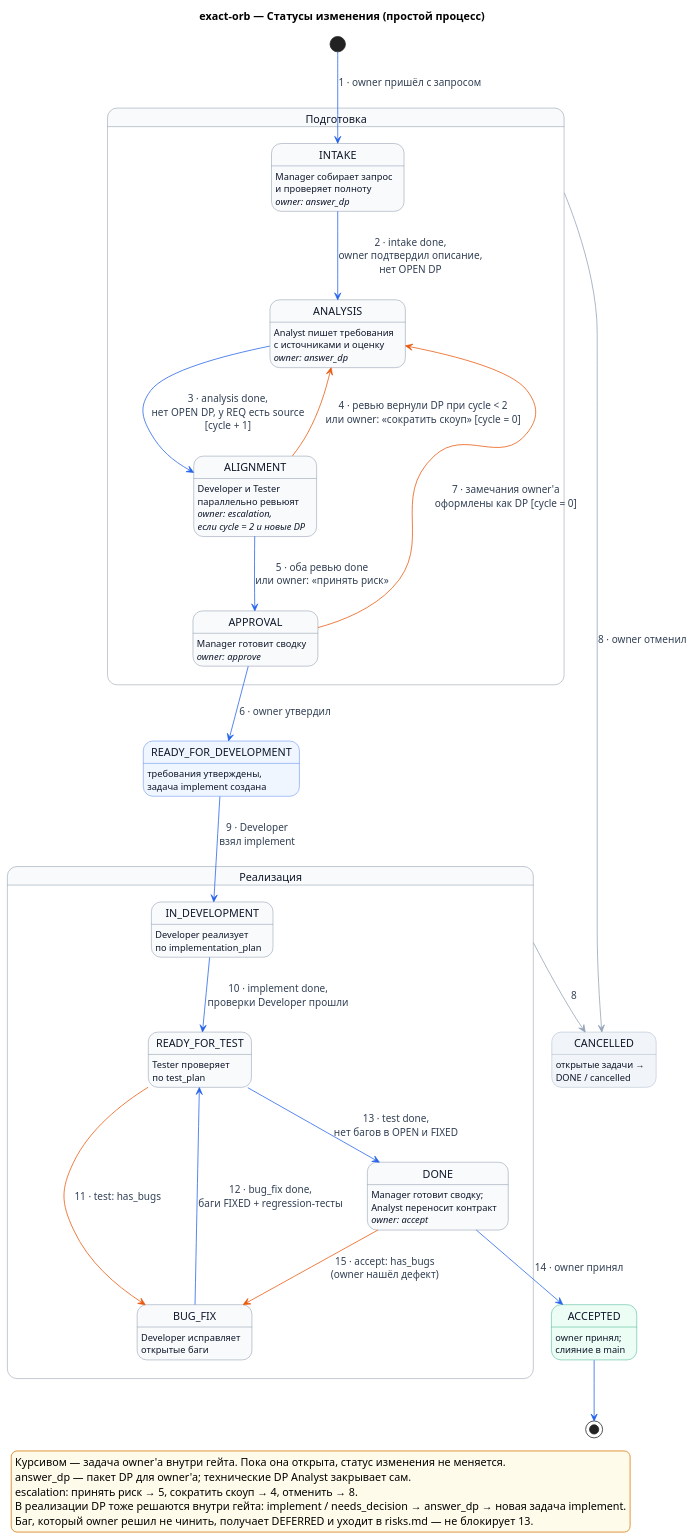
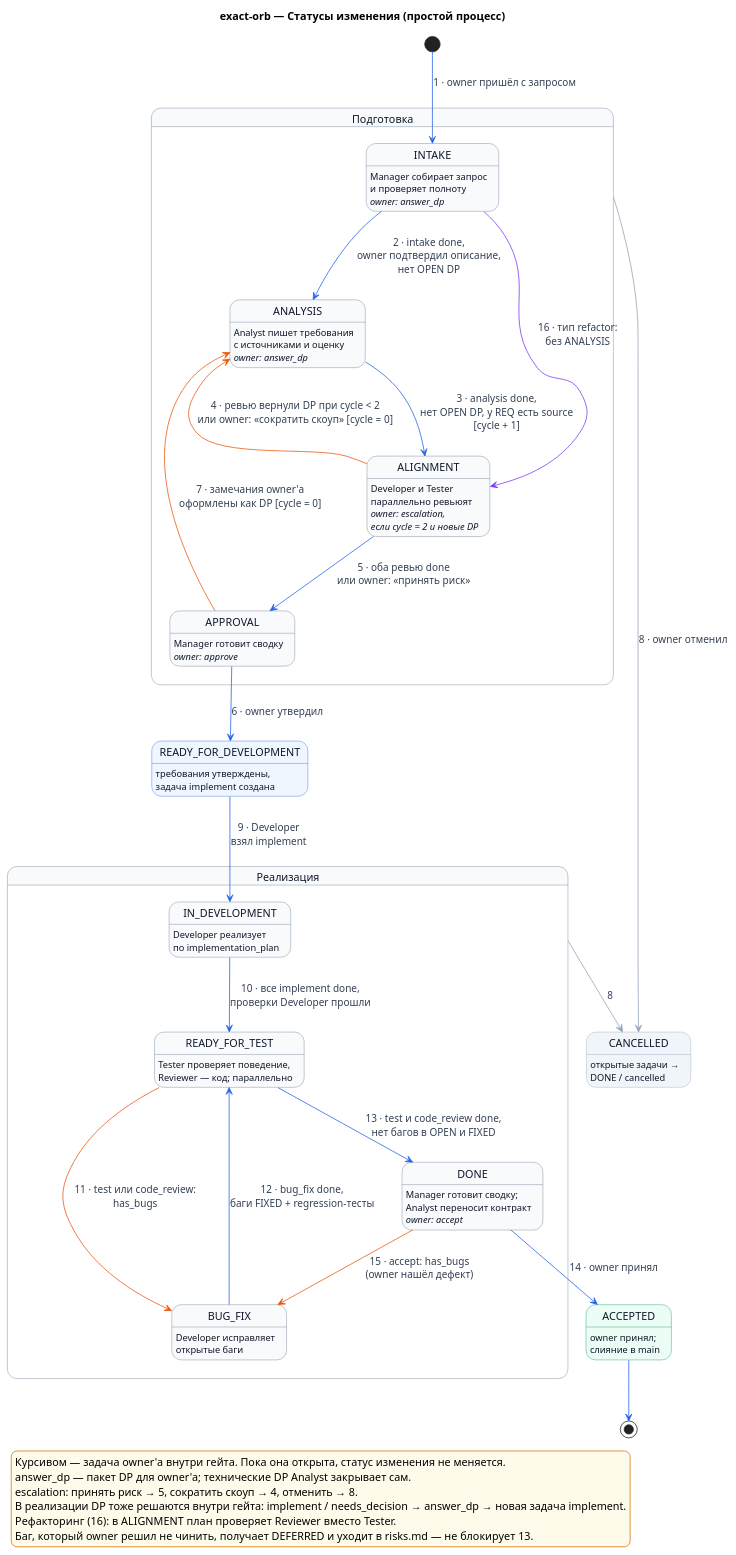
The diagram in docs/development_approach/process/process_diagram/001-change-states.puml (ksenia-baranova/exact-orb-demo), drawn with PlantUML before and after one commit. The commit also changed 28 other files, not shown here.

Commit message:
docs: update architecture diagrams, overview, and scenarios

```diff
--- a/docs/development_approach/process/process_diagram/001-change-states.puml
+++ b/docs/development_approach/process/process_diagram/001-change-states.puml
@@ -1,72 +1,74 @@
 @startuml
 title exact-orb — Статусы изменения (простой процесс)
 
 ' Источник: «Процесс работы над изменением v2», разделы «Машина состояний» и «Таблица переходов».
 ' Номера на стрелках — строки таблицы переходов.
 ' Статус = гейт. Ожидание owner'а — его задача внутри гейта, статус при этом не меняется.
 
 hide empty description
 skinparam shadowing false
 skinparam state {
     BackgroundColor #F8FAFC
     BorderColor #64748B
     FontColor #0F172A
     ArrowColor #2563EB
     ArrowFontColor #334155
     BackgroundColor<<milestone>> #EFF6FF
     BorderColor<<milestone>> #2563EB
     BackgroundColor<<final>> #ECFDF5
     BorderColor<<final>> #059669
     BackgroundColor<<stop>> #F1F5F9
     BorderColor<<stop>> #94A3B8
 }
 skinparam legend {
     BackgroundColor #FFFBEB
     BorderColor #D97706
 }
 
 state "Подготовка" as PREP {
     state INTAKE : Manager собирает запрос\nи проверяет полноту\n<i>owner: answer_dp</i>
     state ANALYSIS : Analyst пишет требования\nс источниками и оценку\n<i>owner: answer_dp</i>
     state ALIGNMENT : Developer и Tester\nпараллельно ревьюят\n<i>owner: escalation,</i>\n<i>если cycle = 2 и новые DP</i>
     state APPROVAL : Manager готовит сводку\n<i>owner: approve</i>
 }
 state READY_FOR_DEVELOPMENT <<milestone>> : требования утверждены,\nзадача implement создана
 state "Реализация" as BUILD {
     state IN_DEVELOPMENT : Developer реализует\nпо implementation_plan
-    state READY_FOR_TEST : Tester проверяет\nпо test_plan
+    state READY_FOR_TEST : Tester проверяет поведение,\nReviewer — код; параллельно
     state BUG_FIX : Developer исправляет\nоткрытые баги
     state DONE : Manager готовит сводку;\nAnalyst переносит контракт\n<i>owner: accept</i>
 }
 state ACCEPTED <<final>> : owner принял;\nслияние в main
 state CANCELLED <<stop>> : открытые задачи →\nDONE / cancelled
 
 [*] --> INTAKE : 1 · owner пришёл с запросом
 INTAKE --> ANALYSIS : 2 · intake done,\nowner подтвердил описание,\nнет OPEN DP
 ANALYSIS --> ALIGNMENT : 3 · analysis done,\nнет OPEN DP, у REQ есть source\n[cycle + 1]
 ALIGNMENT -[#EA580C]-> ANALYSIS : 4 · ревью вернули DP при cycle < 2\nили owner: «сократить скоуп» [cycle = 0]
 ALIGNMENT --> APPROVAL : 5 · оба ревью done\nили owner: «принять риск»
+INTAKE -[#7C3AED]-> ALIGNMENT : 16 · тип refactor:\nбез ANALYSIS
 APPROVAL -[#EA580C]-> ANALYSIS : 7 · замечания owner'а\nоформлены как DP [cycle = 0]
 APPROVAL --> READY_FOR_DEVELOPMENT : 6 · owner утвердил
 
 READY_FOR_DEVELOPMENT --> IN_DEVELOPMENT : 9 · Developer\nвзял implement
-IN_DEVELOPMENT --> READY_FOR_TEST : 10 · implement done,\nпроверки Developer прошли
-READY_FOR_TEST -[#EA580C]-> BUG_FIX : 11 · test: has_bugs
+IN_DEVELOPMENT --> READY_FOR_TEST : 10 · все implement done,\nпроверки Developer прошли
+READY_FOR_TEST -[#EA580C]-> BUG_FIX : 11 · test или code_review:\nhas_bugs
 BUG_FIX --> READY_FOR_TEST : 12 · bug_fix done,\nбаги FIXED + regression-тесты
-READY_FOR_TEST --> DONE : 13 · test done,\nнет багов в OPEN и FIXED
+READY_FOR_TEST --> DONE : 13 · test и code_review done,\nнет багов в OPEN и FIXED
 DONE -[#EA580C]-> BUG_FIX : 15 · accept: has_bugs\n(owner нашёл дефект)
 DONE --> ACCEPTED : 14 · owner принял
 ACCEPTED --> [*]
 
 PREP -[#94A3B8]-> CANCELLED : 8 · owner отменил
 BUILD -[#94A3B8]-> CANCELLED : 8
 
 legend bottom left
   Курсивом — задача owner'а внутри гейта. Пока она открыта, статус изменения не меняется.
   answer_dp — пакет DP для owner'а; технические DP Analyst закрывает сам.
   escalation: принять риск → 5, сократить скоуп → 4, отменить → 8.
   В реализации DP тоже решаются внутри гейта: implement / needs_decision → answer_dp → новая задача implement.
+  Рефакторинг (16): в ALIGNMENT план проверяет Reviewer вместо Tester.
   Баг, который owner решил не чинить, получает DEFERRED и уходит в risks.md — не блокирует 13.
 endlegend
 
 @enduml
```
